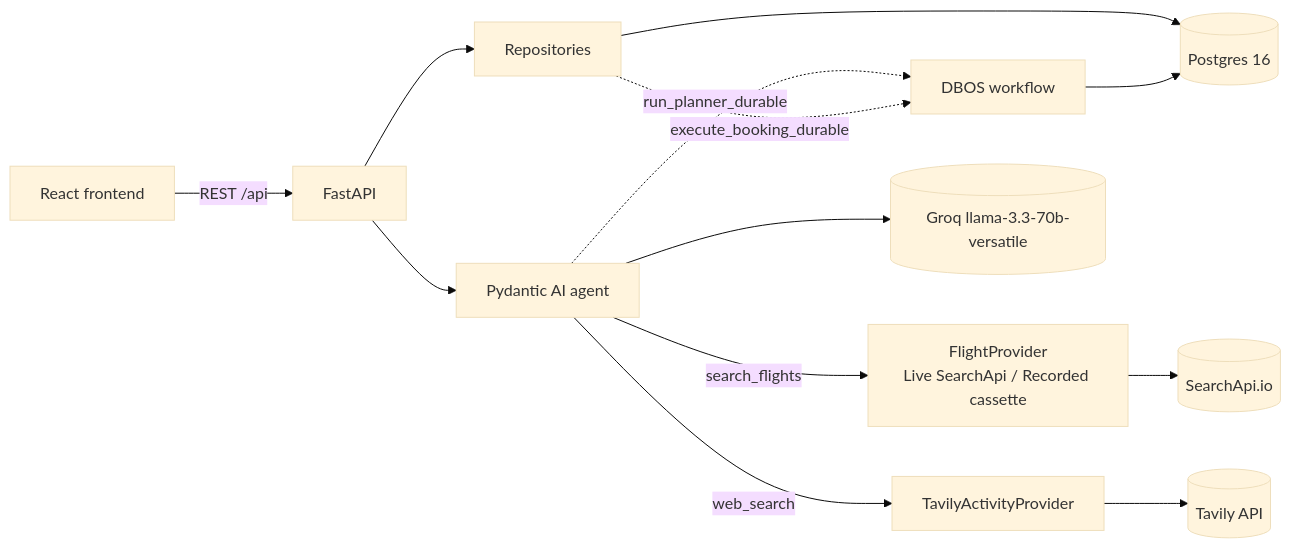
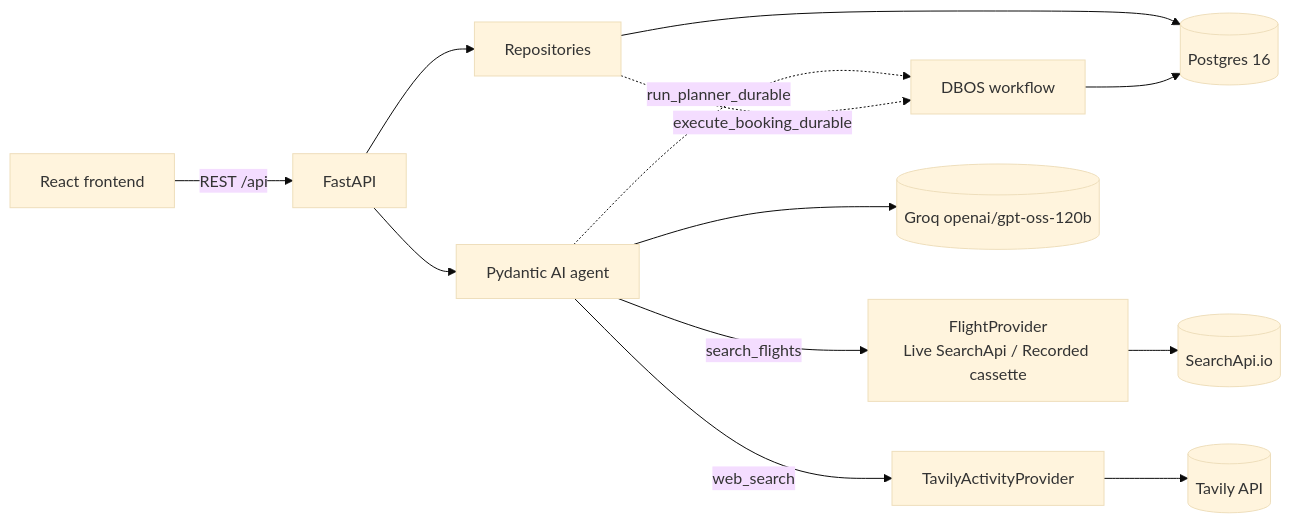
The diagram in docs/ARCHITECTURE.md (tonytrieu-dev/travel-agent), drawn with Mermaid (base theme) before and after one commit. The commit also changed other lines of this file and 2 other files, not shown here.

Commit message:
docs: fix stale Gemini/llama-3.3-70b references, add missed decisions
Docs audit found leftovers from earlier sessions that code changes hadn't
propagated to: ARCHITECTURE.md's diagram and API table still named
llama-3.3-70b-versatile, DECISIONS.md's "Groq over Gemini" section still
recommended it (with reasoning that's now backwards — llama-3.3-70b was
rejected for flaky tool-calling, not chosen for strong tool-calling), and
openapi.yaml's 429 response still said "Gemini quota". Also add the two
decisions made this session that DECISIONS.md didn't yet record: age/fitness
as mandatory intake fields, and one-way booking-options now working (only
round-trip stays deferred).

````diff
--- a/docs/ARCHITECTURE.md
+++ b/docs/ARCHITECTURE.md
@@ -5,15 +5,15 @@
 ```mermaid
 flowchart LR
     UI[React frontend] -->|REST /api| API[FastAPI]
     API --> Repo[Repositories]
     Repo --> DB[(Postgres 16)]
     API --> Agent[Pydantic AI agent]
     Agent -->|search_flights| Flights[FlightProvider\nLive SearchApi / Recorded cassette]
     Agent -->|web_search| Tavily[TavilyActivityProvider]
     Flights --> SearchApi[(SearchApi.io)]
     Tavily --> TavilyAPI[(Tavily API)]
-    Agent --> Groq[(Groq llama-3.3-70b-versatile)]
+    Agent --> Groq[(Groq openai/gpt-oss-120b)]
     Agent -.->|run_planner_durable| DBOS[DBOS workflow]
     Repo -.->|execute_booking_durable| DBOS
     DBOS --> DB
 ```
````
